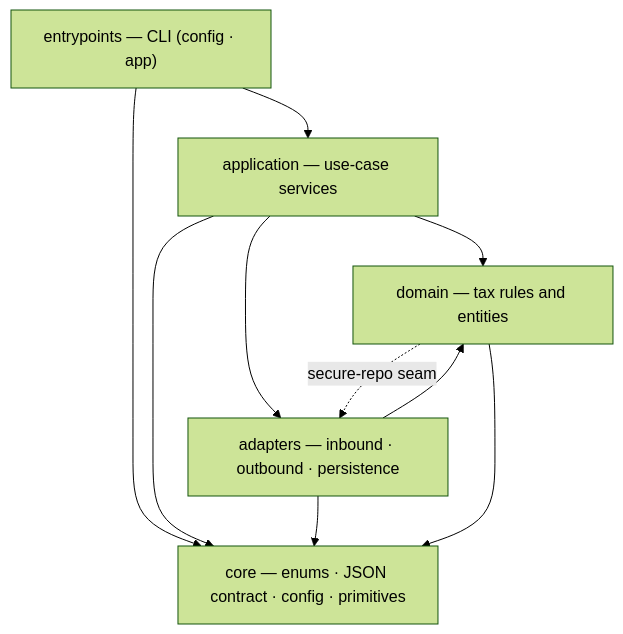
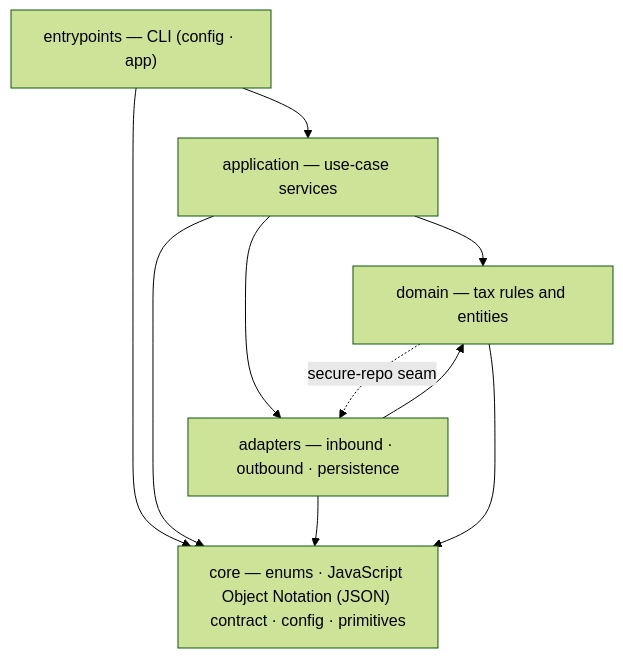
One commit to nevenincs/cadrumo changed the first of 5 diagrams in docs/architecture/index.md. Above: the diagram before and after it, drawn with Mermaid (forest theme). The commit also changed other lines of this file and 2545 other files, not shown here.

````diff
--- a/docs/architecture/index.md
+++ b/docs/architecture/index.md
@@ -56,17 +59,17 @@
 ```mermaid
 flowchart TD
     EP["entrypoints — CLI (config · app)"]
     AD["adapters — inbound · outbound · persistence"]
     APP["application — use-case services"]
     DOM["domain — tax rules and entities"]
-    CORE["core — enums · JSON contract · config · primitives"]
+    CORE["core — enums · JavaScript Object Notation (JSON) contract · config · primitives"]
     EP --> APP
     EP --> CORE
     APP --> DOM
     APP --> AD
     APP --> CORE
     AD --> DOM
     AD --> CORE
     DOM --> CORE
     DOM -.->|"secure-repo seam"| AD
 ```
````
